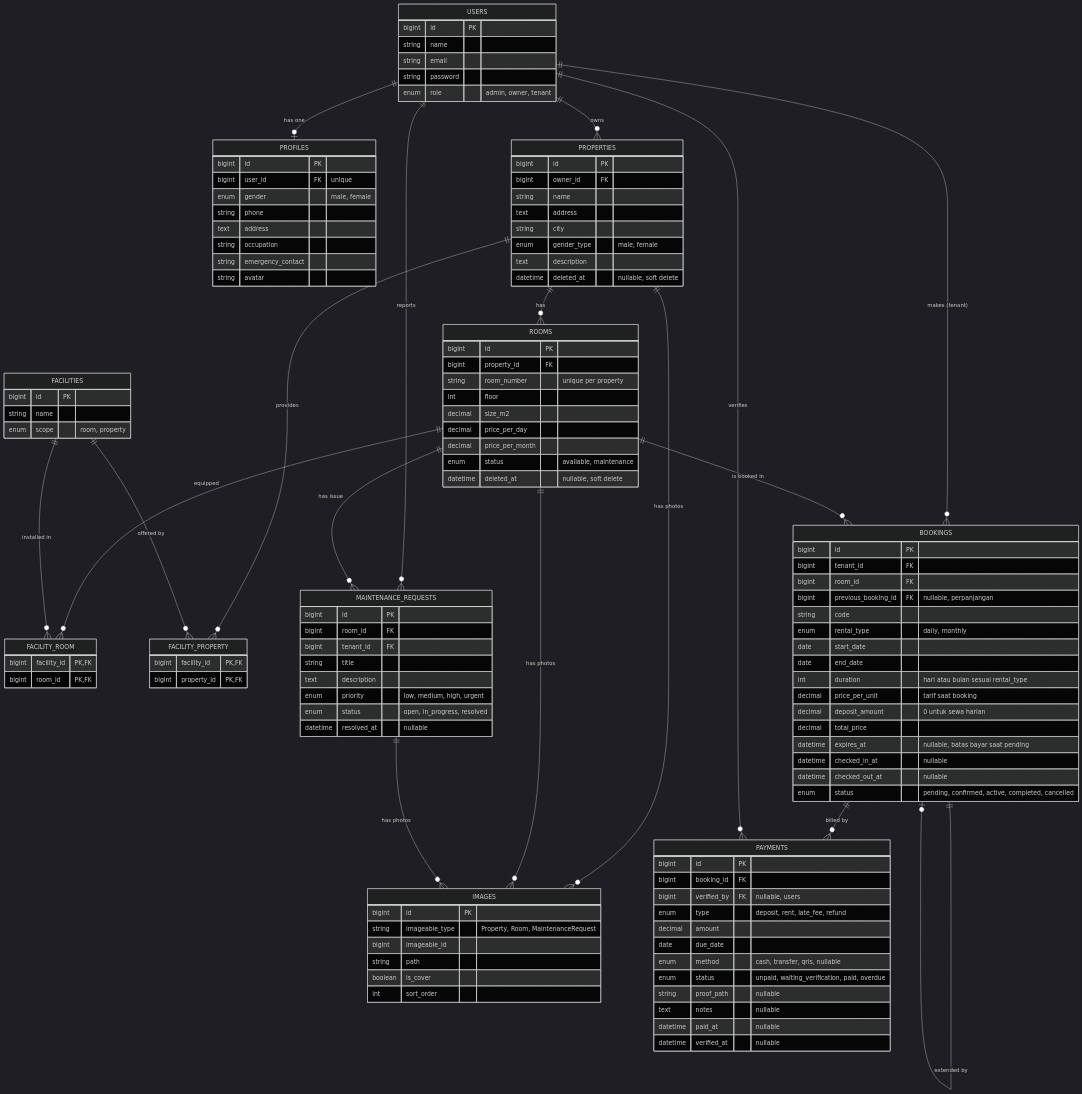
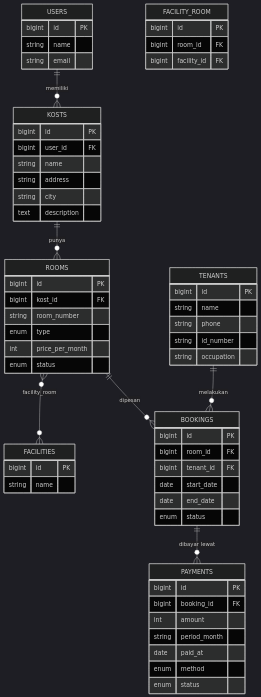
Before and after one commit to Luchyana-Desi/laravel5d: the diagram in README.md, drawn with Mermaid (dark theme). The commit also changed other lines of this file and 1 other file, not shown here.

Commit message:
P01-J1: align README and progress report with migrations

````diff
--- a/README.md
+++ b/README.md
@@ -30,122 +19,64 @@
 ```mermaid
 erDiagram
+    USERS ||--o{ KOSTS : "memiliki"
+    KOSTS ||--o{ ROOMS : "punya"
+    ROOMS }o--o{ FACILITIES : "facility_room"
+    ROOMS ||--o{ BOOKINGS : "dipesan"
+    TENANTS ||--o{ BOOKINGS : "melakukan"
+    BOOKINGS ||--o{ PAYMENTS : "dibayar lewat"
+
     USERS {
         bigint id PK
         string name
         string email
-        string password
-        enum role "admin, owner, tenant"
     }
-    PROFILES {
+    KOSTS {
         bigint id PK
-        bigint user_id FK "unique"
-        enum gender "male, female"
-        string phone
-        text address
-        string occupation
-        string emergency_contact
-        string avatar
-    }
-    PROPERTIES {
-        bigint id PK
-        bigint owner_id FK
+        bigint user_id FK
         string name
-        text address
+        string address
         string city
-        enum gender_type "male, female"
         text description
-        datetime deleted_at "nullable, soft delete"
     }
     ROOMS {
         bigint id PK
-        bigint property_id FK
-        string room_number "unique per property"
-        int floor
-        decimal size_m2
-        decimal price_per_day
-        decimal price_per_month
-        enum status "available, maintenance"
-        datetime deleted_at "nullable, soft delete"
+        bigint kost_id FK
+        string room_number
+        enum type
+        int price_per_month
+        enum status
     }
     FACILITIES {
         bigint id PK
         string name
-        enum scope "room, property"
     }
     FACILITY_ROOM {
-        bigint facility_id PK, FK
-        bigint room_id PK, FK
+        bigint id PK
+        bigint room_id FK
+        bigint facility_id FK
     }
-    FACILITY_PROPERTY {
-        bigint facility_id PK, FK
-        bigint property_id PK, FK
-    }
-    IMAGES {
+    TENANTS {
         bigint id PK
-        string imageable_type "Property, Room, MaintenanceRequest"
-        bigint imageable_id
-        string path
-        boolean is_cover
-        int sort_order
+        string name
+        string phone
+        string id_number
+        string occupation
     }
     BOOKINGS {
         bigint id PK
+        bigint room_id FK
         bigint tenant_id FK
-        bigint room_id FK
-        bigint previous_booking_id FK "nullable, perpanjangan"
-        string code
-        enum rental_type "daily, monthly"
         date start_date
         date end_date
-        int duration "hari atau bulan sesuai rental_type"
-        decimal price_per_unit "tarif saat booking"
-        decimal deposit_amount "0 untuk sewa harian"
-        decimal total_price
-        datetime expires_at "nullable, batas bayar saat pending"
-        datetime checked_in_at "nullable"
-        datetime checked_out_at "nullable"
-        enum status "pending, confirmed, active, completed, cancelled"
+        enum status
     }
     PAYMENTS {
         bigint id PK
         bigint booking_id FK
-        bigint verified_by FK "nullable, users"
-        enum type "deposit, rent, late_fee, refund"
-        decimal amount
-        date due_date
-        enum method "cash, transfer, qris, nullable"
-        enum status "unpaid, waiting_verification, paid, overdue"
-        string proof_path "nullable"
-        text notes "nullable"
-        datetime paid_at "nullable"
-        datetime verified_at "nullable"
+        int amount
+        string period_month
+        date paid_at
+        enum method
+        enum status
     }
-    MAINTENANCE_REQUESTS {
-        bigint id PK
-        bigint room_id FK
-        bigint tenant_id FK
-        string title
-        text description
-        enum priority "low, medium, high, urgent"
-        enum status "open, in_progress, resolved"
-        datetime resolved_at "nullable"
-    }
-
-    USERS ||--o| PROFILES : "has one"
-    USERS ||--o{ PROPERTIES : owns
-    PROPERTIES ||--o{ ROOMS : has
-    ROOMS ||--o{ FACILITY_ROOM : equipped
-    FACILITIES ||--o{ FACILITY_ROOM : "installed in"
-    PROPERTIES ||--o{ FACILITY_PROPERTY : provides
-    FACILITIES ||--o{ FACILITY_PROPERTY : "offered by"
-    PROPERTIES ||--o{ IMAGES : "has photos"
-    ROOMS ||--o{ IMAGES : "has photos"
-    MAINTENANCE_REQUESTS ||--o{ IMAGES : "has photos"
-    USERS ||--o{ BOOKINGS : "makes (tenant)"
-    ROOMS ||--o{ BOOKINGS : "is booked in"
-    BOOKINGS ||--o| BOOKINGS : "extended by"
-    BOOKINGS ||--o{ PAYMENTS : "billed by"
-    USERS ||--o{ PAYMENTS : "verifies"
-    USERS ||--o{ MAINTENANCE_REQUESTS : reports
-    ROOMS ||--o{ MAINTENANCE_REQUESTS : "has issue"
 ```
````
